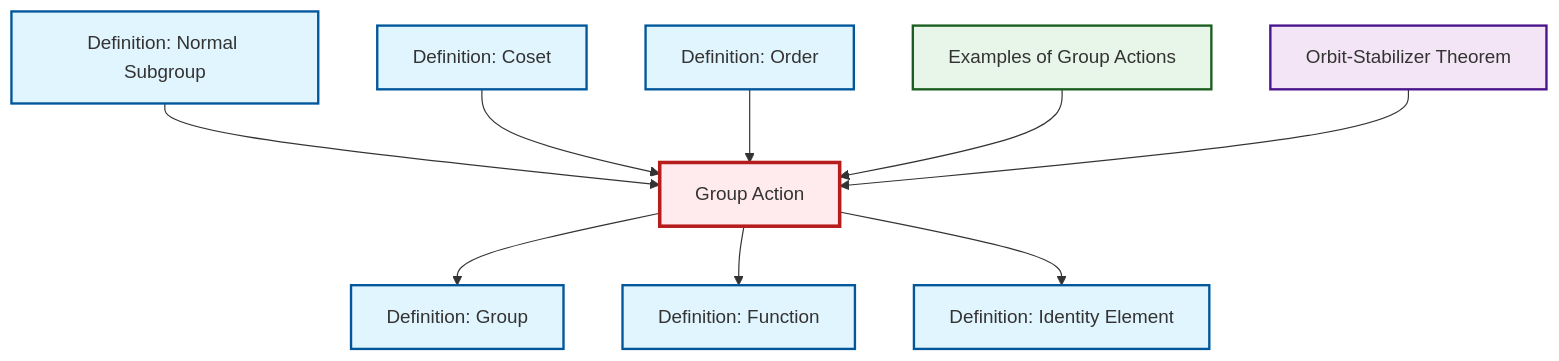
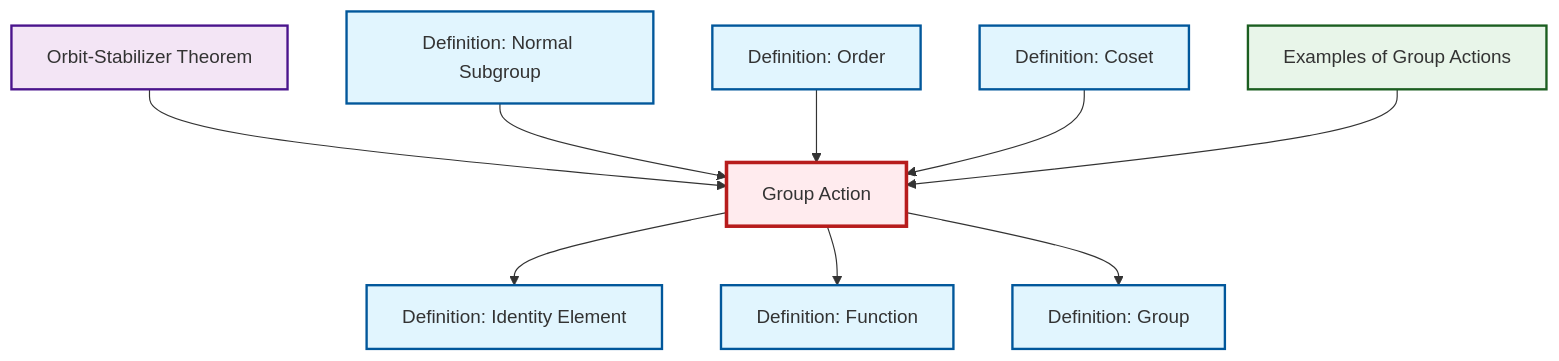
One commit to RK0429/ModernMath changed the diagram in content/ja/algebra/def-group-action.qmd. Above: the diagram before and after it, drawn with Mermaid. The commit also changed other lines of this file and 597 other files, not shown here.

````diff
--- a/content/ja/algebra/def-group-action.qmd
+++ b/content/ja/algebra/def-group-action.qmd
@@ -62,35 +62,35 @@
 ```{mermaid}
 %%| fig-cap: "Local dependency graph"
 graph TD
     classDef definition fill:#e1f5fe,stroke:#01579b,stroke-width:2px
     classDef theorem fill:#f3e5f5,stroke:#4a148c,stroke-width:2px
     classDef axiom fill:#fff3e0,stroke:#e65100,stroke-width:2px
     classDef example fill:#e8f5e9,stroke:#1b5e20,stroke-width:2px
     classDef current fill:#ffebee,stroke:#b71c1c,stroke-width:3px
-    def-function["Definition: Function"]:::definition
+    def-identity-element["Definition: Identity Element"]:::definition
     def-order["Definition: Order"]:::definition
-    thm-orbit-stabilizer["Orbit-Stabilizer Theorem"]:::theorem
     def-group-action["Group Action"]:::definition
     ex-group-action-examples["Examples of Group Actions"]:::example
+    def-function["Definition: Function"]:::definition
     def-coset["Definition: Coset"]:::definition
-    def-identity-element["Definition: Identity Element"]:::definition
+    thm-orbit-stabilizer["Orbit-Stabilizer Theorem"]:::theorem
+    def-normal-subgroup["Definition: Normal Subgroup"]:::definition
     def-group["Definition: Group"]:::definition
-    def-normal-subgroup["Definition: Normal Subgroup"]:::definition
-    def-group-action --> def-group
+    def-group-action --> def-identity-element
+    thm-orbit-stabilizer --> def-group-action
     def-normal-subgroup --> def-group-action
     def-group-action --> def-function
+    def-group-action --> def-group
+    def-order --> def-group-action
     def-coset --> def-group-action
-    def-order --> def-group-action
-    def-group-action --> def-identity-element
     ex-group-action-examples --> def-group-action
-    thm-orbit-stabilizer --> def-group-action
     class def-group-action current
+    click def-identity-element "def-identity-element.html" "Definition: Identity Elementへ"
+    click def-order "def-order.html" "Definition: Orderへ"
+    click ex-group-action-examples "ex-group-action-examples.html" "Examples of Group Actionsへ"
     click def-function "def-function.html" "Definition: Functionへ"
-    click def-order "def-order.html" "Definition: Orderへ"
+    click def-coset "def-coset.html" "Definition: Cosetへ"
     click thm-orbit-stabilizer "thm-orbit-stabilizer.html" "Orbit-Stabilizer Theoremへ"
-    click ex-group-action-examples "ex-group-action-examples.html" "Examples of Group Actionsへ"
-    click def-coset "def-coset.html" "Definition: Cosetへ"
-    click def-identity-element "def-identity-element.html" "Definition: Identity Elementへ"
+    click def-normal-subgroup "def-normal-subgroup.html" "Definition: Normal Subgroupへ"
     click def-group "def-group.html" "Definition: Groupへ"
-    click def-normal-subgroup "def-normal-subgroup.html" "Definition: Normal Subgroupへ"
 ```
````
